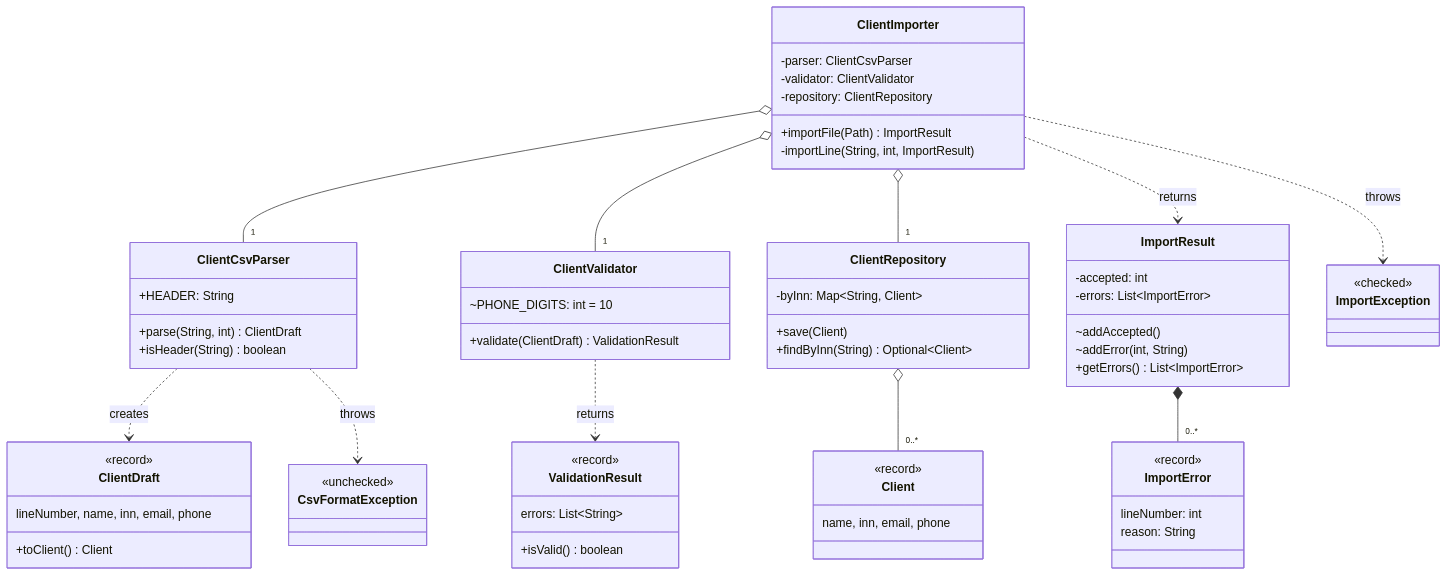
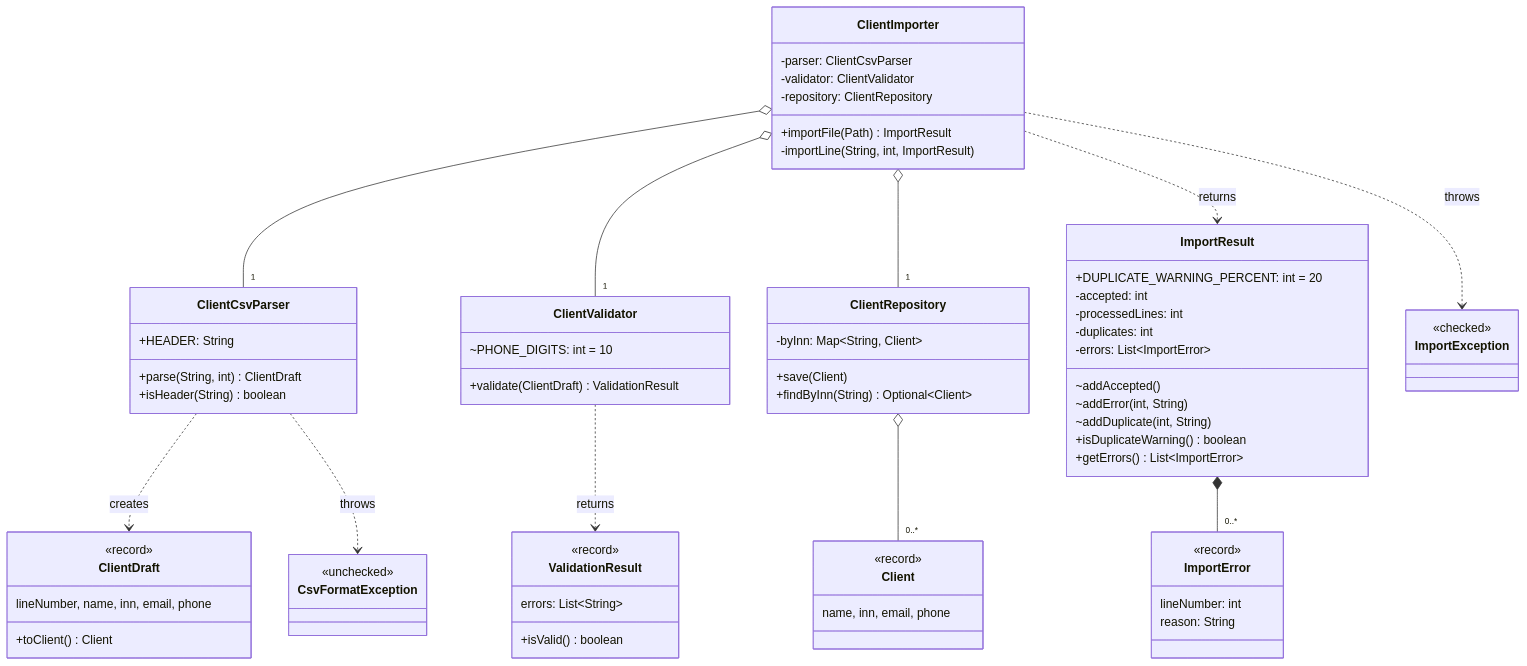
Before and after one commit to f1shi/java-practice: the second of 2 diagrams in pr11/README.md, drawn with Mermaid. The commit also changed other lines of this file and 68 other files, not shown here.

````diff
--- a/pr11/README.md
+++ b/pr11/README.md
@@ -54,66 +59,71 @@
 ```mermaid
 classDiagram
     class ClientImporter {
         -parser: ClientCsvParser
         -validator: ClientValidator
         -repository: ClientRepository
         +importFile(Path) ImportResult
         -importLine(String, int, ImportResult)
     }
     class ClientCsvParser {
         +HEADER: String
         +parse(String, int) ClientDraft
         +isHeader(String) boolean
     }
     class ClientValidator {
         ~PHONE_DIGITS: int = 10
         +validate(ClientDraft) ValidationResult
     }
     class ClientRepository {
         -byInn: Map~String, Client~
         +save(Client)
         +findByInn(String) Optional~Client~
     }
     class ImportResult {
+        +DUPLICATE_WARNING_PERCENT: int = 20
         -accepted: int
+        -processedLines: int
+        -duplicates: int
         -errors: List~ImportError~
         ~addAccepted()
         ~addError(int, String)
+        ~addDuplicate(int, String)
+        +isDuplicateWarning() boolean
         +getErrors() List~ImportError~
     }
     class ImportError {
         <<record>>
         lineNumber: int
         reason: String
     }
     class ClientDraft {
         <<record>>
         lineNumber, name, inn, email, phone
         +toClient() Client
     }
     class Client {
         <<record>>
         name, inn, email, phone
     }
     class ValidationResult {
         <<record>>
         errors: List~String~
         +isValid() boolean
     }
     class ImportException {
         <<checked>>
     }
     class CsvFormatException {
         <<unchecked>>
     }
     ClientImporter o-- "1" ClientCsvParser
     ClientImporter o-- "1" ClientValidator
     ClientImporter o-- "1" ClientRepository
     ClientImporter ..> ImportResult : returns
     ClientImporter ..> ImportException : throws
     ClientCsvParser ..> ClientDraft : creates
     ClientCsvParser ..> CsvFormatException : throws
     ClientValidator ..> ValidationResult : returns
     ImportResult *-- "0..*" ImportError
     ClientRepository o-- "0..*" Client
 ```
````
